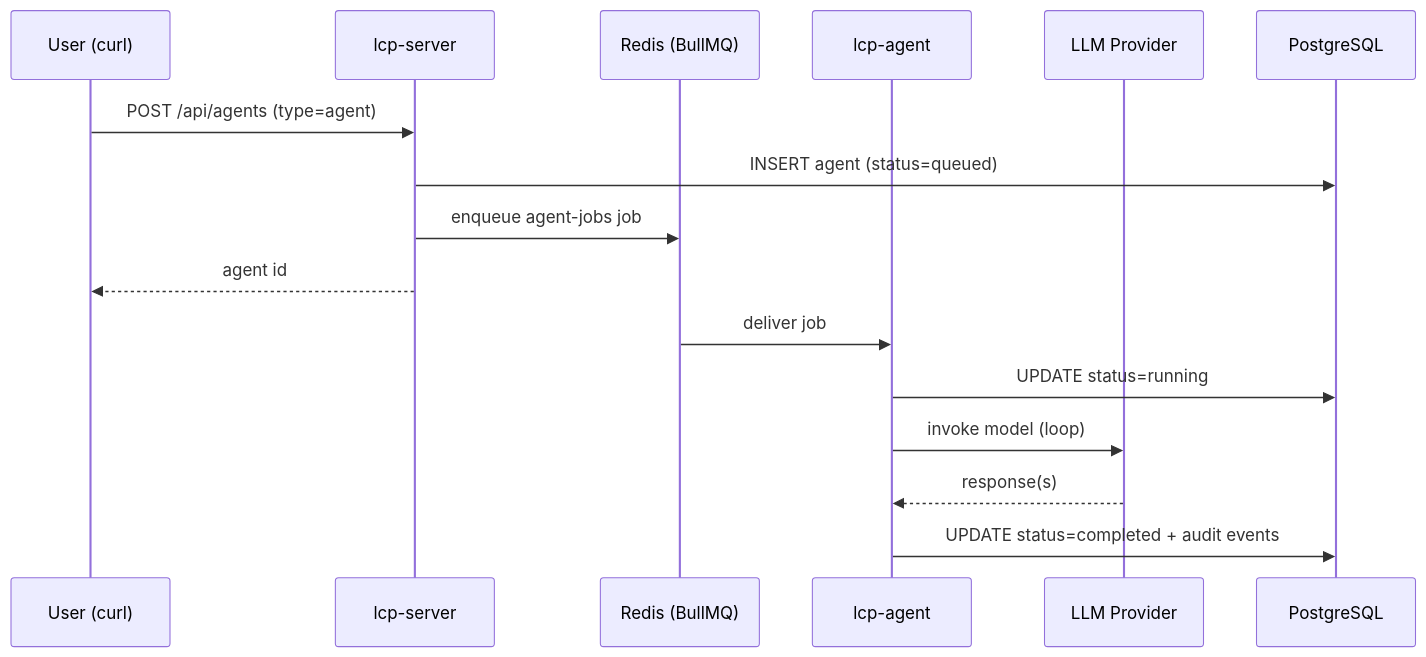
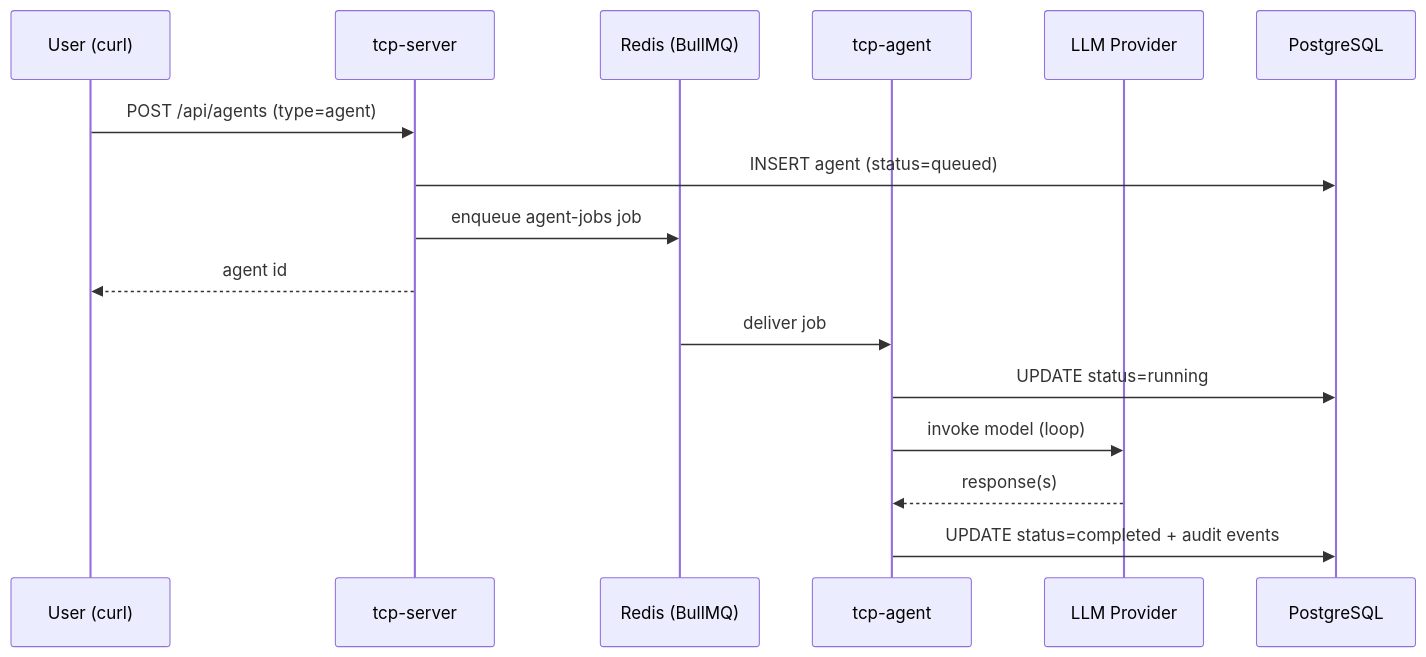
One commit to instantiator/tcp-server changed the diagram in docs/manual-testing/04-autonomous-agents.md. Above: the diagram before and after it, drawn with Mermaid. The commit also changed other lines of this file and 112 other files, not shown here.

First line of the commit message:
Rename LCP env vars and documentation to TCP (011.1.1 units 6-7)

````diff
--- a/docs/manual-testing/04-autonomous-agents.md
+++ b/docs/manual-testing/04-autonomous-agents.md
@@ -9,20 +9,20 @@
 ```mermaid
 sequenceDiagram
     participant U as User (curl)
-    participant S as lcp-server
+    participant S as tcp-server
     participant Q as Redis (BullMQ)
-    participant A as lcp-agent
+    participant A as tcp-agent
     participant LLM as LLM Provider
     participant DB as PostgreSQL
 
     U->>S: POST /api/agents (type=agent)
     S->>DB: INSERT agent (status=queued)
     S->>Q: enqueue agent-jobs job
     S-->>U: agent id
 
     Q->>A: deliver job
     A->>DB: UPDATE status=running
     A->>LLM: invoke model (loop)
     LLM-->>A: response(s)
     A->>DB: UPDATE status=completed + audit events
 ```
````
